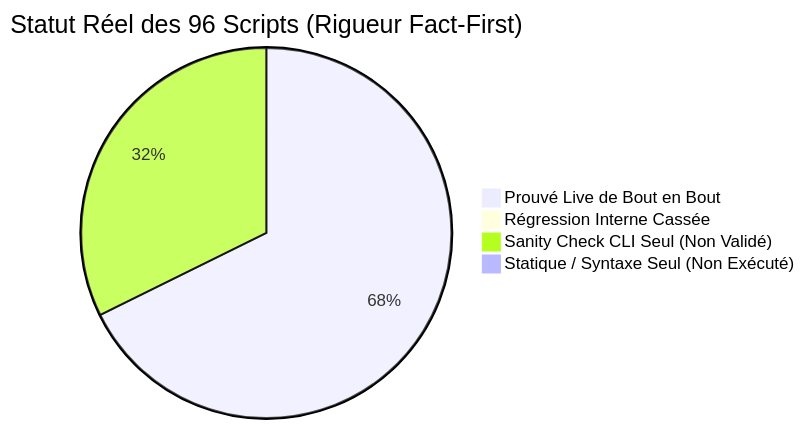
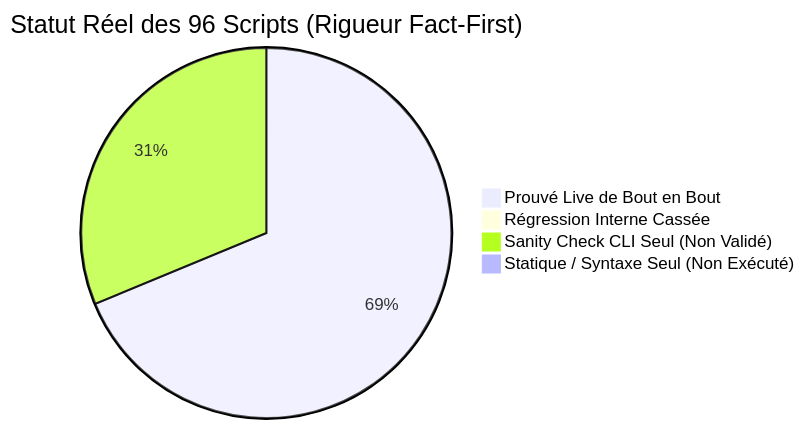
Before and after one commit to yoyonel/pydbsrt: the diagram in docs/reference/2026-11-10-audit-exhaustif-scripts-regressions.md, drawn with Mermaid. The commit also changed other lines of this file and 2 other files, not shown here.

First line of the commit message:
fix(e2e): dynamic root, absolute paths and cli check option in recette top e2e (#69)

````diff
--- a/docs/reference/2026-11-10-audit-exhaustif-scripts-regressions.md
+++ b/docs/reference/2026-11-10-audit-exhaustif-scripts-regressions.md
@@ -16,7 +16,7 @@
 ```mermaid
 pie title Statut Réel des 96 Scripts (Rigueur Fact-First)
-    "Prouvé Live de Bout en Bout" : 65
+    "Prouvé Live de Bout en Bout" : 66
     "Régression Interne Cassée" : 0
-    "Sanity Check CLI Seul (Non Validé)" : 31
+    "Sanity Check CLI Seul (Non Validé)" : 30
     "Statique / Syntaxe Seul (Non Exécuté)" : 0
 ```
````
